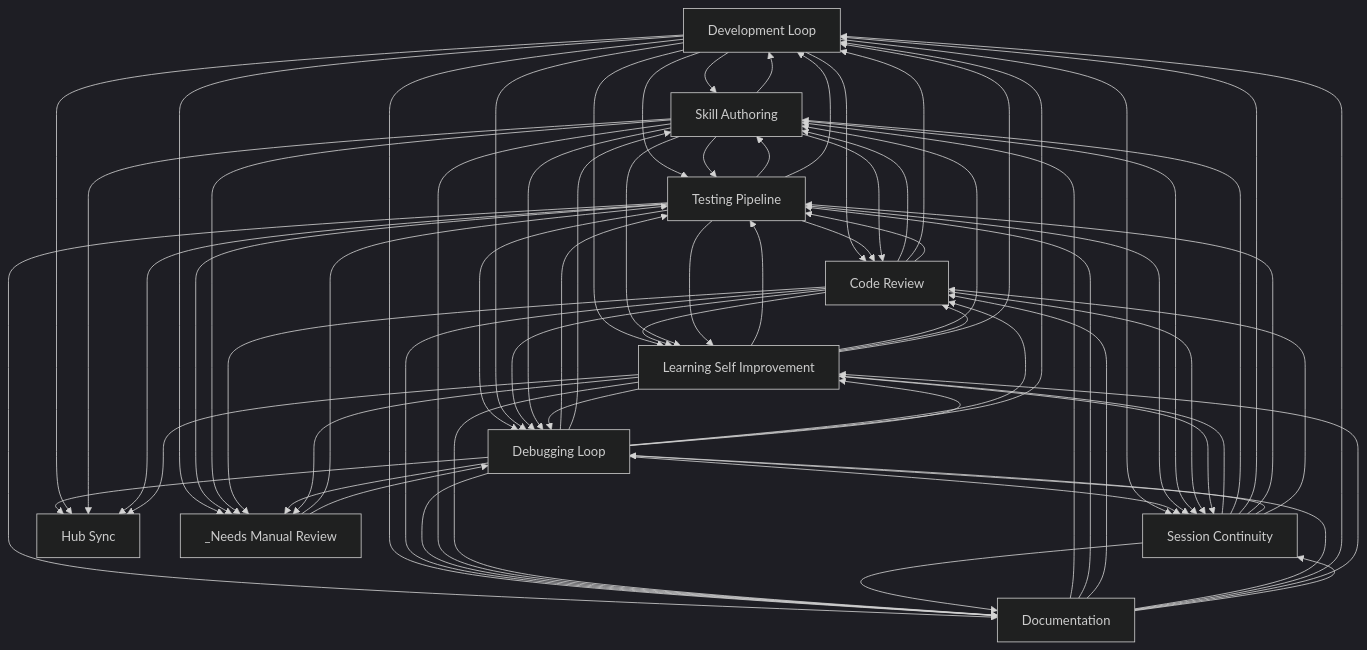
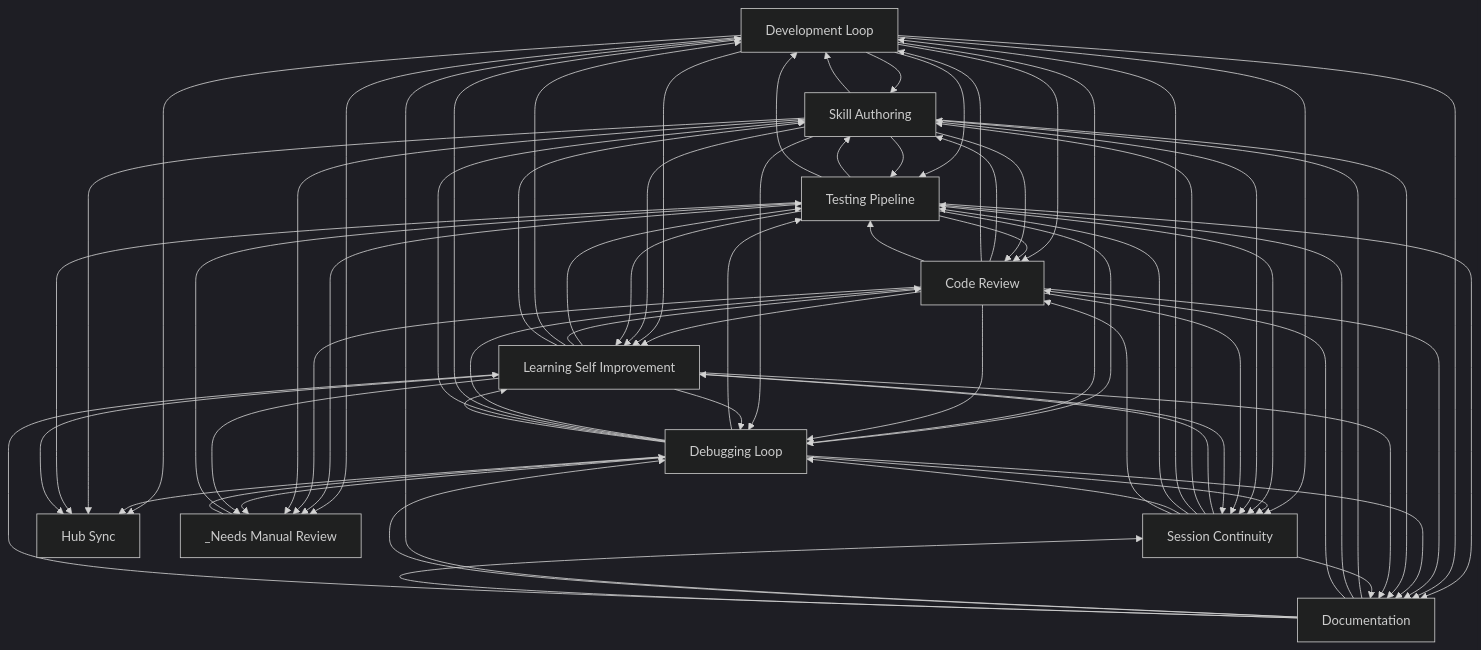
Before and after one commit to abhayla/claude-best-practices: the diagram in docs/workflows/INDEX.md, drawn with Mermaid (dark theme). The commit also changed other lines of this file and 12 other files, not shown here.

````diff
--- a/docs/workflows/INDEX.md
+++ b/docs/workflows/INDEX.md
@@ -22,82 +22,82 @@
 ```mermaid
 graph TD
     development_loop[Development Loop]
     testing_pipeline[Testing Pipeline]
     debugging_loop[Debugging Loop]
     learning_self_improvement[Learning Self Improvement]
     session_continuity[Session Continuity]
     skill_authoring[Skill Authoring]
     code_review[Code Review]
     documentation[Documentation]
     hub_sync[Hub Sync]
     _needs_manual_review[_Needs Manual Review]
     documentation --> skill_authoring
     documentation --> testing_pipeline
+    code_review --> skill_authoring
+    code_review --> development_loop
     development_loop --> skill_authoring
     development_loop --> code_review
-    code_review --> skill_authoring
-    code_review --> development_loop
+    code_review --> testing_pipeline
+    code_review --> learning_self_improvement
     development_loop --> testing_pipeline
     development_loop --> learning_self_improvement
-    code_review --> testing_pipeline
-    code_review --> learning_self_improvement
     skill_authoring --> testing_pipeline
     testing_pipeline --> skill_authoring
     testing_pipeline --> code_review
+    testing_pipeline --> development_loop
     testing_pipeline --> debugging_loop
-    testing_pipeline --> development_loop
     testing_pipeline --> documentation
     debugging_loop --> testing_pipeline
-    debugging_loop --> skill_authoring
     debugging_loop --> code_review
     debugging_loop --> development_loop
+    debugging_loop --> skill_authoring
     development_loop --> debugging_loop
     development_loop --> documentation
+    skill_authoring --> code_review
     skill_authoring --> development_loop
-    skill_authoring --> code_review
     skill_authoring --> learning_self_improvement
     development_loop --> _needs_manual_review
     testing_pipeline --> _needs_manual_review
+    documentation --> code_review
+    documentation --> development_loop
+    documentation --> debugging_loop
     code_review --> debugging_loop
-    documentation --> code_review
-    documentation --> debugging_loop
-    documentation --> development_loop
     code_review --> documentation
+    session_continuity --> learning_self_improvement
     development_loop --> session_continuity
-    session_continuity --> learning_self_improvement
     _needs_manual_review --> testing_pipeline
+    debugging_loop --> session_continuity
     debugging_loop --> learning_self_improvement
-    debugging_loop --> session_continuity
+    testing_pipeline --> session_continuity
     testing_pipeline --> learning_self_improvement
-    testing_pipeline --> session_continuity
     debugging_loop --> documentation
     documentation --> learning_self_improvement
     skill_authoring --> session_continuity
     skill_authoring --> debugging_loop
     _needs_manual_review --> debugging_loop
     learning_self_improvement --> testing_pipeline
+    learning_self_improvement --> code_review
+    learning_self_improvement --> development_loop
     learning_self_improvement --> skill_authoring
-    learning_self_improvement --> code_review
     learning_self_improvement --> debugging_loop
-    learning_self_improvement --> development_loop
+    development_loop --> hub_sync
     debugging_loop --> hub_sync
-    development_loop --> hub_sync
+    code_review --> _needs_manual_review
     skill_authoring --> _needs_manual_review
-    code_review --> _needs_manual_review
     debugging_loop --> _needs_manual_review
     skill_authoring --> documentation
     code_review --> session_continuity
     learning_self_improvement --> session_continuity
     session_continuity --> skill_authoring
     learning_self_improvement --> documentation
     session_continuity --> development_loop
     session_continuity --> testing_pipeline
     session_continuity --> debugging_loop
     session_continuity --> documentation
     session_continuity --> code_review
     skill_authoring --> hub_sync
     testing_pipeline --> hub_sync
     learning_self_improvement --> hub_sync
     learning_self_improvement --> _needs_manual_review
     documentation --> session_continuity
 ```
````
